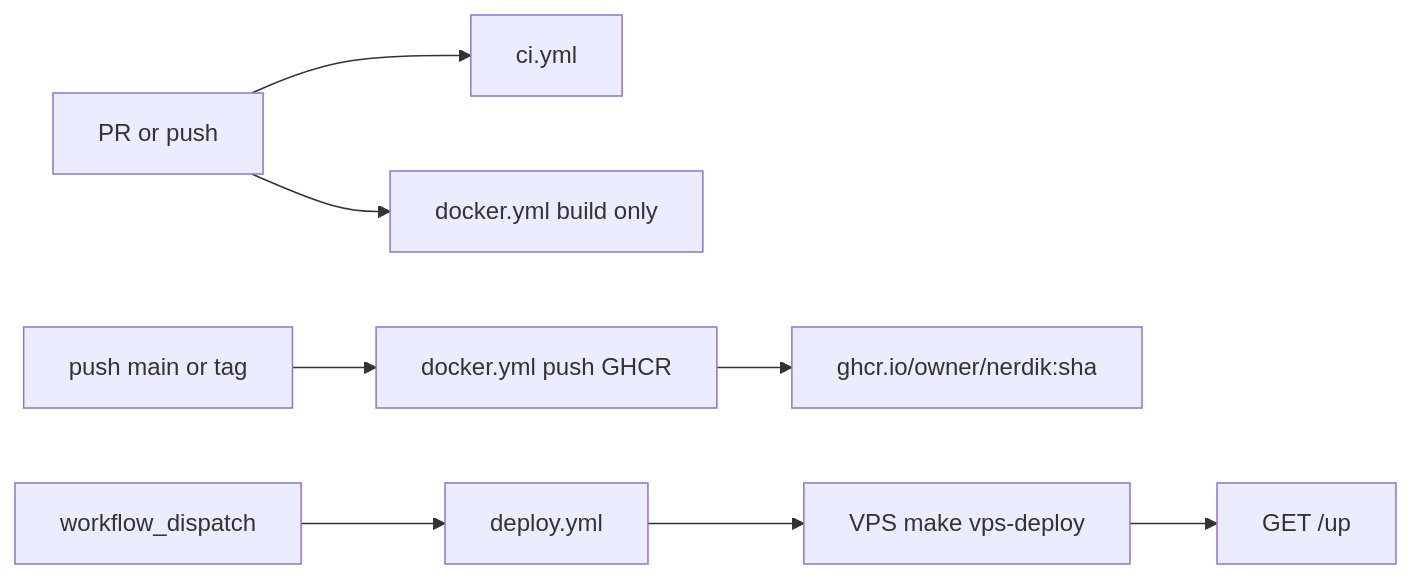
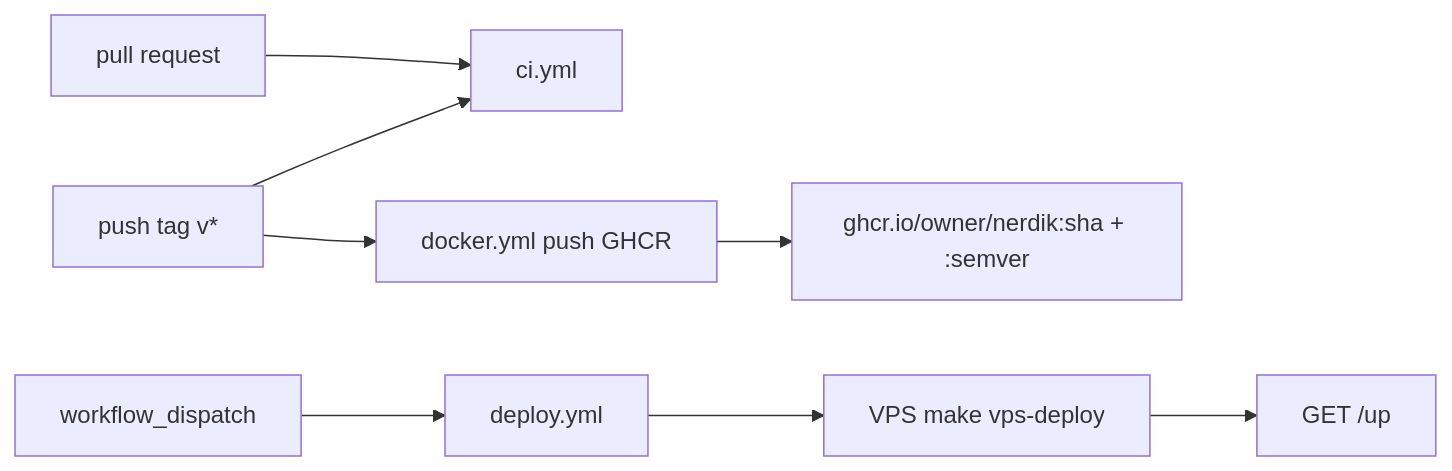
One commit to panshaigan/nerdik changed the diagram in docs/ci-cd.md. Above: the diagram before and after it, drawn with Mermaid. The commit also changed other lines of this file and 10 other files, not shown here.

First line of the commit message:
ci: run Docker only on version tags; keep CI on PRs

````diff
--- a/docs/ci-cd.md
+++ b/docs/ci-cd.md
@@ -7,10 +7,10 @@
 ```mermaid
 flowchart LR
-  PR[PR or push] --> CI[ci.yml]
-  PR --> DockerPR[docker.yml build only]
-  Main[push main or tag] --> DockerPush[docker.yml push GHCR]
-  DockerPush --> GHCR["ghcr.io/owner/nerdik:sha"]
+  PR[pull request] --> CI[ci.yml]
+  Tag["push tag v*"] --> CI
+  Tag --> DockerPush[docker.yml push GHCR]
+  DockerPush --> GHCR["ghcr.io/owner/nerdik:sha + :semver"]
   Manual[workflow_dispatch] --> Deploy[deploy.yml]
   Deploy --> VPS[VPS make vps-deploy]
   VPS --> Up["GET /up"]
 ```
````
